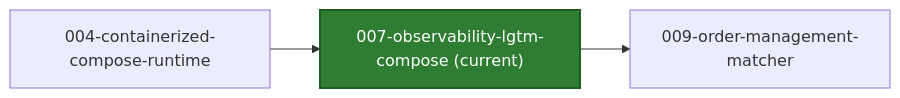
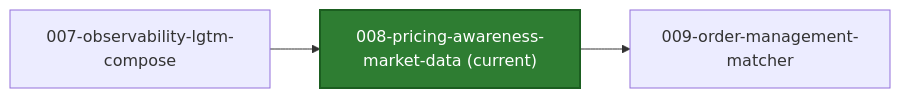
One commit to azure-octo/traderX changed the second of 2 diagrams in README.md. Above: the diagram before and after it, drawn with Mermaid. The commit also changed other lines of this file and 99 other files, not shown here.

First line of the commit message:
snapshot: 008-pricing-awareness-market-data generated from a41e87908ebf8e9d2cd385280eacced32887bb1e

````diff
--- a/README.md
+++ b/README.md
@@ -50,12 +52,12 @@
 ```mermaid
 flowchart LR
-  C_CUR["007-observability-lgtm-compose (current)"]
+  C_CUR["008-pricing-awareness-market-data (current)"]
   style C_CUR fill:#2e7d32,stroke:#1b5e20,color:#ffffff,stroke-width:2px
-  C_PREV_004_containerized_compose_runtime["004-containerized-compose-runtime"] --> C_CUR
-  click C_PREV_004_containerized_compose_runtime href "https://github.com/finos/traderX/tree/code%2Fgenerated-state-004-containerized-compose-runtime" "Open branch"
-  %% compare: https://github.com/finos/traderX/compare/code%2Fgenerated-state-004-containerized-compose-runtime...code%2Fgenerated-state-007-observability-lgtm-compose
+  C_PREV_007_observability_lgtm_compose["007-observability-lgtm-compose"] --> C_CUR
+  click C_PREV_007_observability_lgtm_compose href "https://github.com/finos/traderX/tree/code%2Fgenerated-state-007-observability-lgtm-compose" "Open branch"
+  %% compare: https://github.com/finos/traderX/compare/code%2Fgenerated-state-007-observability-lgtm-compose...code%2Fgenerated-state-008-pricing-awareness-market-data
   C_CUR --> C_NEXT_009_order_management_matcher["009-order-management-matcher"]
   click C_NEXT_009_order_management_matcher href "https://github.com/finos/traderX/tree/code%2Fgenerated-state-009-order-management-matcher" "Open branch"
-  %% compare: https://github.com/finos/traderX/compare/code%2Fgenerated-state-007-observability-lgtm-compose...code%2Fgenerated-state-009-order-management-matcher
-  click C_CUR href "https://github.com/finos/traderX/tree/code%2Fgenerated-state-007-observability-lgtm-compose" "Open current branch"
+  %% compare: https://github.com/finos/traderX/compare/code%2Fgenerated-state-008-pricing-awareness-market-data...code%2Fgenerated-state-009-order-management-matcher
+  click C_CUR href "https://github.com/finos/traderX/tree/code%2Fgenerated-state-008-pricing-awareness-market-data" "Open current branch"
 ```
````
